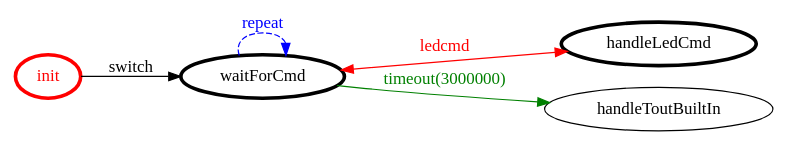
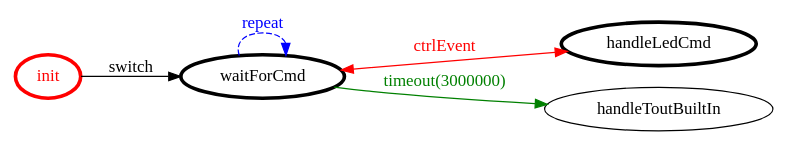
One commit to MatteoMendula/iss2018Lab changed the diagram in it.unibo.bls17.naive.qa/srcMore/it/unibo/ledimpl/ledimpl.gv. Above: the diagram before and after it, drawn with Graphviz. The commit also changed 253 other files, not shown here.

```diff
--- a/it.unibo.bls17.naive.qa/srcMore/it/unibo/ledimpl/ledimpl.gv
+++ b/it.unibo.bls17.naive.qa/srcMore/it/unibo/ledimpl/ledimpl.gv
@@ -1,20 +1,20 @@
 /*
 *
 * A GraphViz DOT FSM description 
 * Please use a GraphViz visualizer (like http://www.webgraphviz.com)
 *  
 */
 
 digraph finite_state_machine {
 	rankdir=LR
 	size="8,5"
 	
 	init [ color = red ][ fontcolor = red ][ penwidth = 3 ]
 	waitForCmd [ color = black ][ fontcolor = black ][ penwidth = 3 ]
 	handleLedCmd [ color = black ][ fontcolor = black ][ penwidth = 3 ]
 	
+	waitForCmd -> handleLedCmd [ label = "ctrlEvent" ][ color = red ][ fontcolor = red ][ dir = both ]
 	waitForCmd -> handleToutBuiltIn [ label = "timeout(3000000)" ][ color = green ][ fontcolor = green ]
 	init -> waitForCmd [ label = "switch" ][ color = black ][ fontcolor = black ]
-	waitForCmd -> handleLedCmd [ label = "ledcmd" ][ color = red ][ fontcolor = red ][ dir = both ]
 	waitForCmd -> waitForCmd [ label = "repeat "][ style = dashed ][ color = blue ][ fontcolor = blue ]
 }
```
